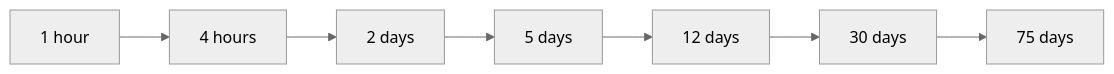
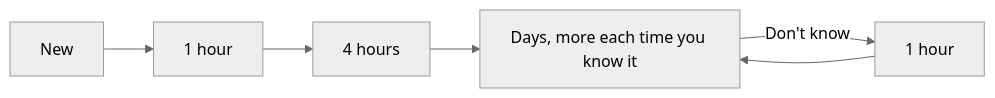
One commit to lucastkacz/ficha changed the first of 2 diagrams in README.md. Above: the diagram before and after it, drawn with Mermaid (neutral theme). The commit also changed other lines of this file and 53 other files, not shown here.

````diff
--- a/README.md
+++ b/README.md
@@ -46,4 +46,5 @@
 ```mermaid
 flowchart LR
-    s1["1 hour"] --> s2["4 hours"] --> s3["2 days"] --> s4["5 days"] --> s5["12 days"] --> s6["30 days"] --> s7["75 days"]
+    new["New"] --> l1["1 hour"] --> l2["4 hours"] --> g["Days, more each time you know it"]
+    g -- "Don't know" --> r["1 hour"] --> g
 ```
````
